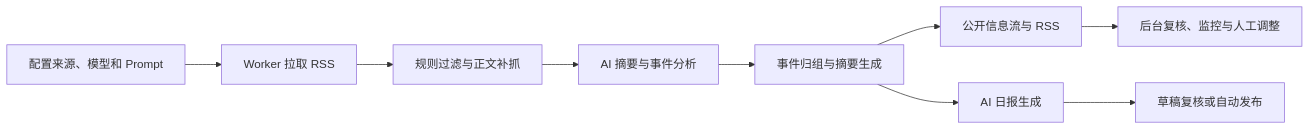
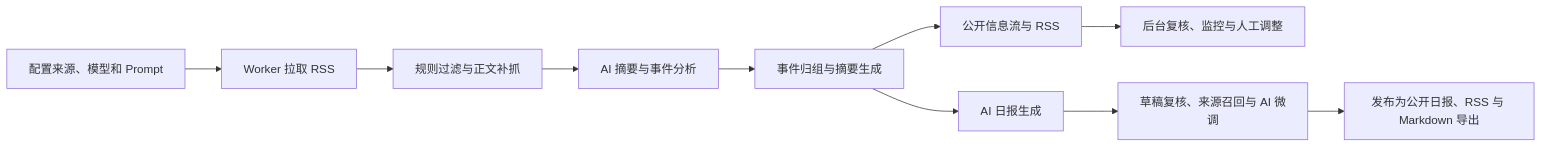
One commit to CrazyForks/infinitum changed the diagram in README.md. Above: the diagram before and after it, drawn with Mermaid. The commit also changed other lines of this file and 47 other files, not shown here.

First line of the commit message:
feat: 更新README和文档，添加日报微调功能截图和说明

````diff
--- a/README.md
+++ b/README.md
@@ -46,11 +51,12 @@
 ```mermaid
 flowchart LR
     A["配置来源、模型和 Prompt"] --> B["Worker 拉取 RSS"]
     B --> C["规则过滤与正文补抓"]
     C --> D["AI 摘要与事件分析"]
     D --> E["事件归组与摘要生成"]
     E --> F["公开信息流与 RSS"]
     F --> G["后台复核、监控与人工调整"]
     E --> H["AI 日报生成"]
-    H --> I["草稿复核或自动发布"]
+    H --> I["草稿复核、来源召回与 AI 微调"]
+    I --> J["发布为公开日报、RSS 与 Markdown 导出"]
 ```
````
